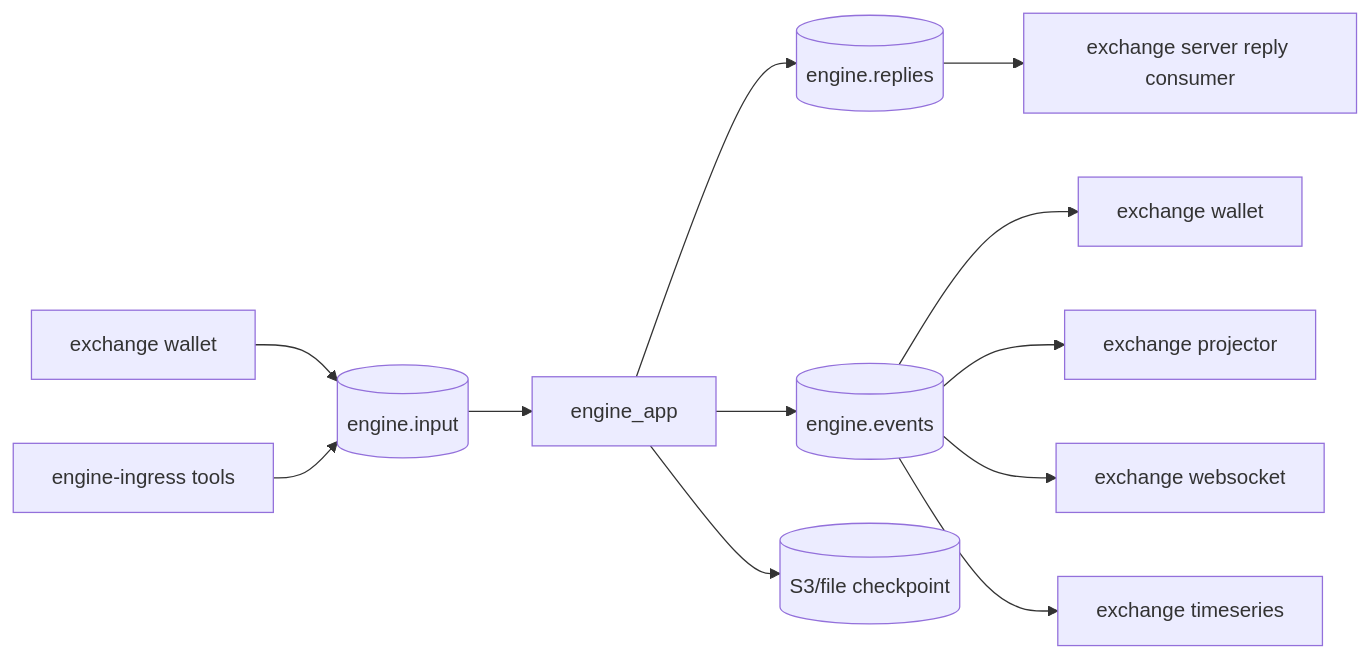
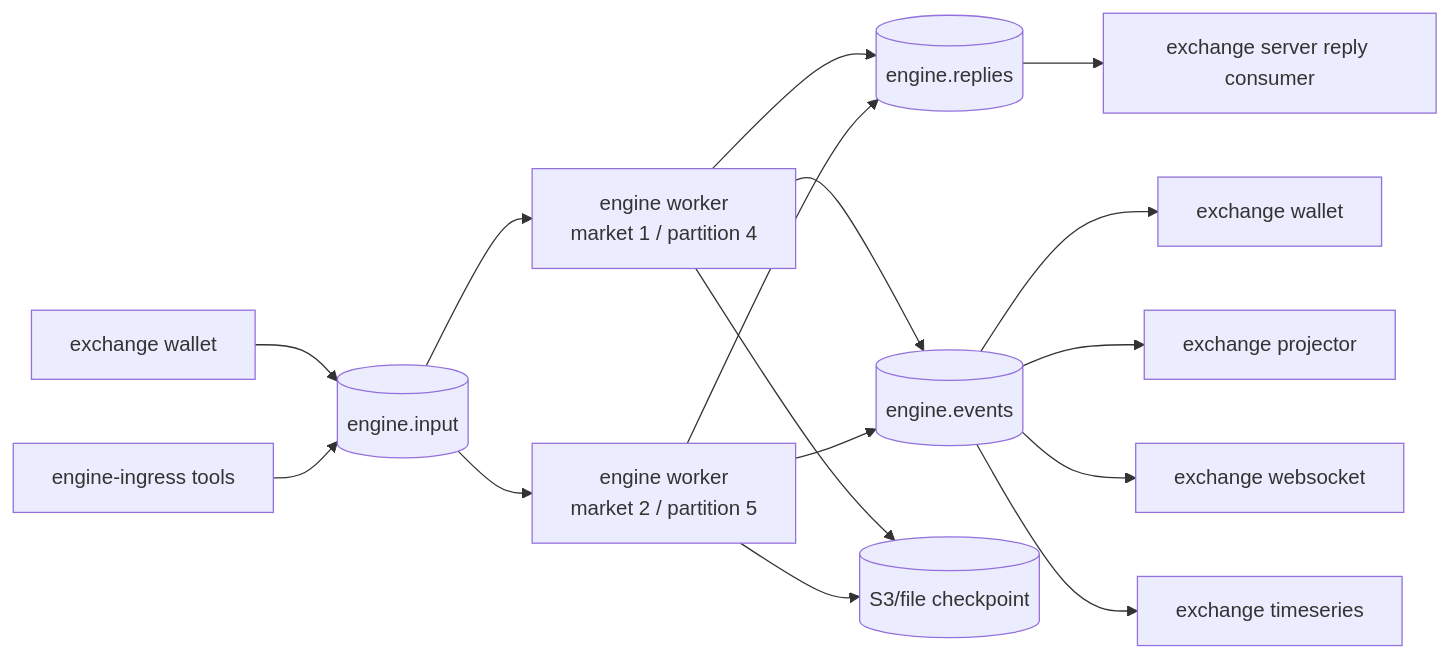
Before and after one commit to whoisasx/exchange-engine: the first of 2 diagrams in docs/engine-contract.md, drawn with Mermaid. The commit also changed other lines of this file and 21 other files, not shown here.

````diff
--- a/docs/engine-contract.md
+++ b/docs/engine-contract.md
@@ -28,16 +28,20 @@
 ```mermaid
 flowchart LR
     wallet[exchange wallet] --> input[(engine.input)]
     ingress[engine-ingress tools] --> input
-    input --> engine[engine_app]
+    input --> worker0[engine worker<br/>market 1 / partition 4]
+    input --> worker1[engine worker<br/>market 2 / partition 5]
 
-    engine --> replies[(engine.replies)]
-    engine --> events[(engine.events)]
-    engine --> checkpoint[(S3/file checkpoint)]
+    worker0 --> replies[(engine.replies)]
+    worker1 --> replies
+    worker0 --> events[(engine.events)]
+    worker1 --> events
+    worker0 --> checkpoint[(S3/file checkpoint)]
+    worker1 --> checkpoint
 
     replies --> server[exchange server reply consumer]
     events --> walletConsumer[exchange wallet]
     events --> projector[exchange projector]
     events --> ws[exchange websocket]
     events --> timeseries[exchange timeseries]
 ```
````
